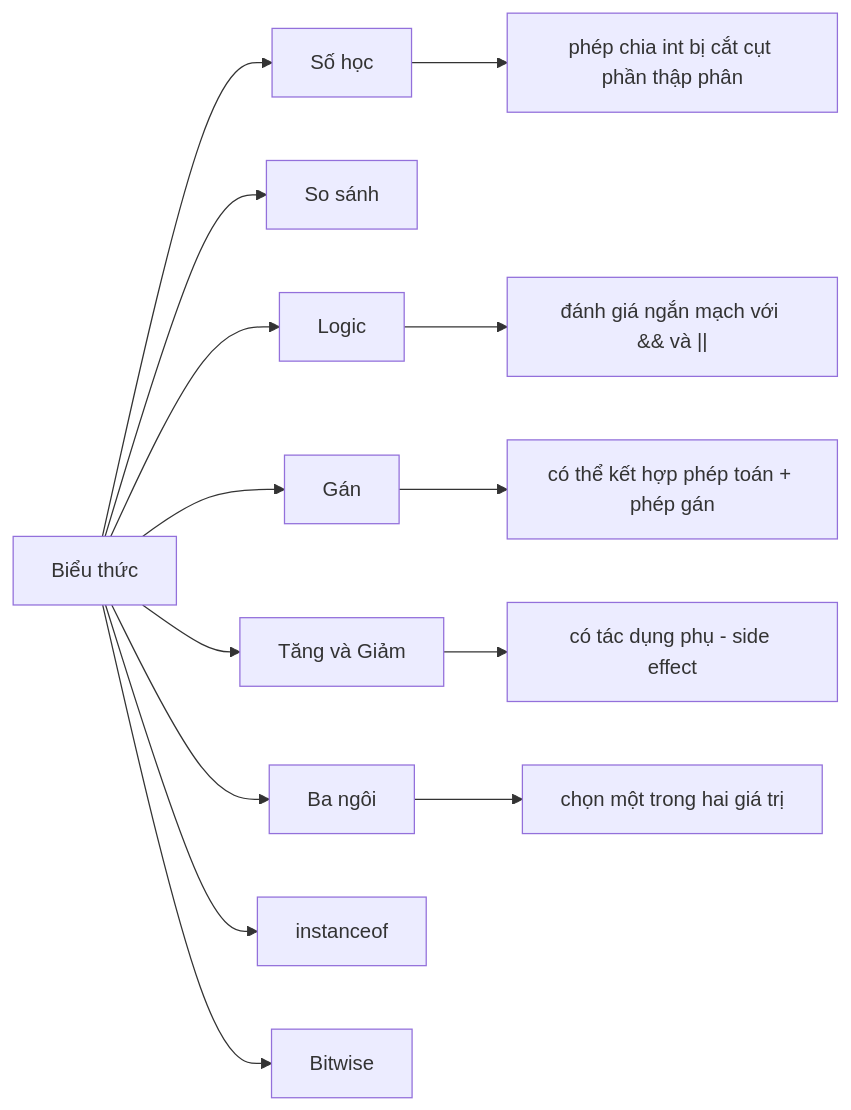
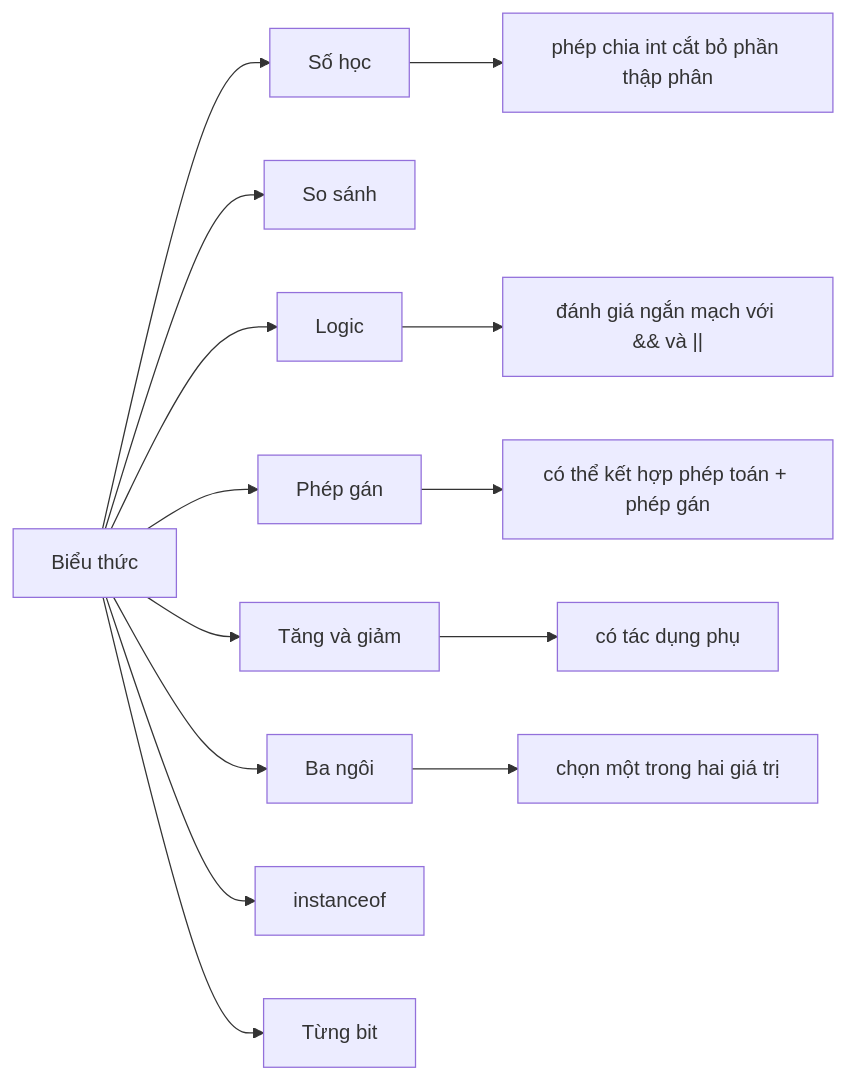
One commit to PhuThien2005/theoretical-of-java-core changed the diagram in vi/05-operators/README.md. Above: the diagram before and after it, drawn with Mermaid. The commit also changed other lines of this file and 229 other files, not shown here.

````diff
--- a/vi/05-operators/README.md
+++ b/vi/05-operators/README.md
@@ -18,17 +18,17 @@
 ```mermaid
 flowchart LR
     A[Biểu thức] --> B[Số học]
     A --> C[So sánh]
     A --> D[Logic]
-    A --> E[Gán]
-    A --> F[Tăng và Giảm]
+    A --> E[Phép gán]
+    A --> F[Tăng và giảm]
     A --> G[Ba ngôi]
     A --> H[instanceof]
-    A --> I[Bitwise]
+    A --> I[Từng bit]
 
-    B --> B1[phép chia int bị cắt cụt phần thập phân]
+    B --> B1[phép chia int cắt bỏ phần thập phân]
     D --> D1["đánh giá ngắn mạch với && và ||"]
     E --> E1[có thể kết hợp phép toán + phép gán]
-    F --> F1[có tác dụng phụ - side effect]
+    F --> F1[có tác dụng phụ]
     G --> G1[chọn một trong hai giá trị]
 ```
````
